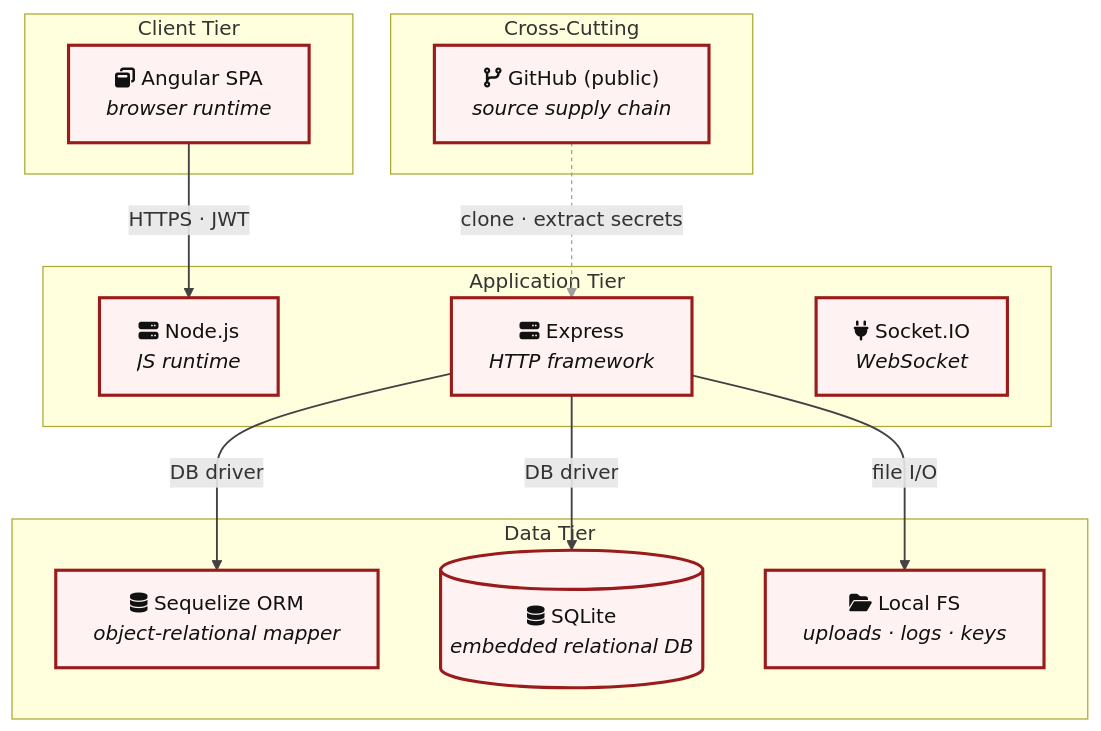
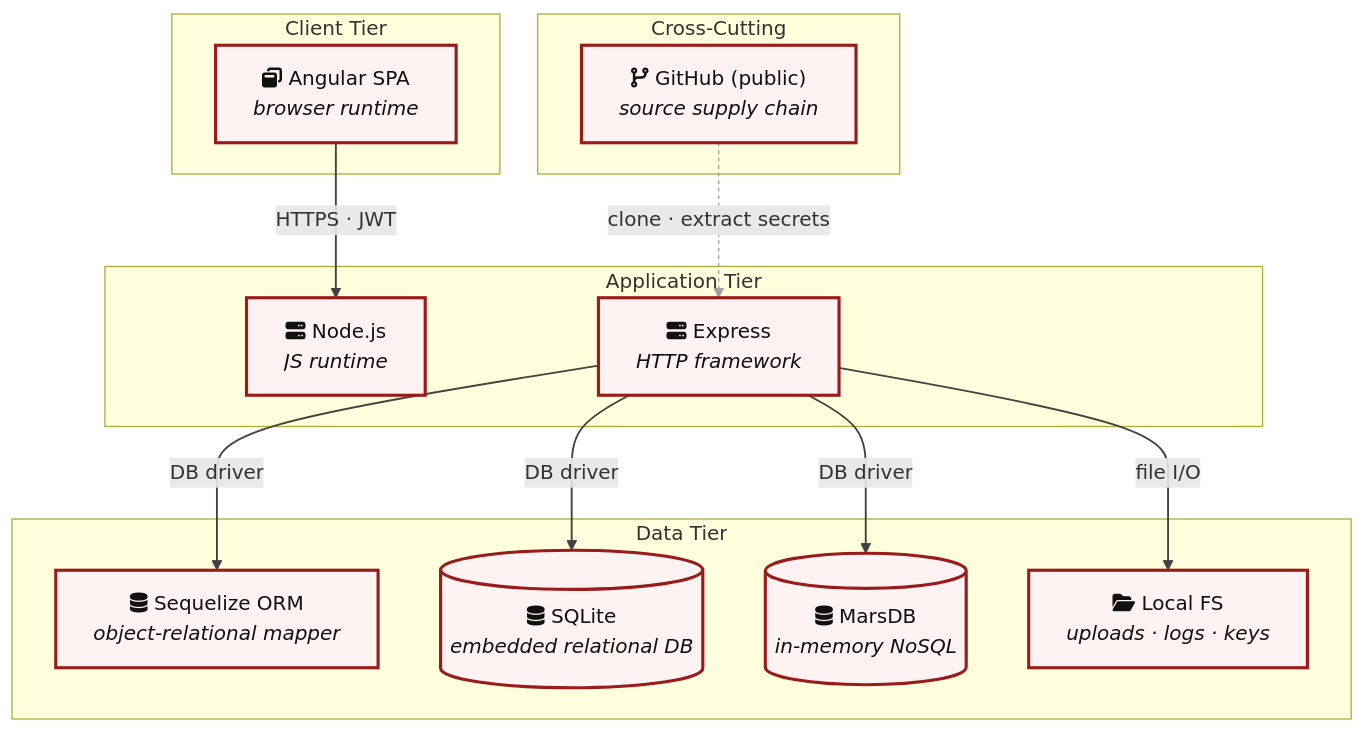
Before and after one commit to appsec-foundry/appsec-advisor: the seventh of 28 diagrams in examples/threat-modeler/threat-model-juice-shop-standard.md, drawn with Mermaid. The commit also changed other lines of this file and 12 other files, not shown here.

````diff
--- a/examples/threat-modeler/threat-model-juice-shop-standard.md
+++ b/examples/threat-modeler/threat-model-juice-shop-standard.md
@@ -531,29 +494,30 @@
 ```mermaid
 flowchart TD
     subgraph CLIENT["Client Tier"]
         FE_ANGULAR["fa:fa-window-restore Angular SPA<br/><i>browser runtime</i>"]:::risk
     end
     subgraph APP["Application Tier"]
         RUNTIME["fa:fa-server Node.js<br/><i>JS runtime</i>"]:::risk
         EXPRESS["fa:fa-server Express<br/><i>HTTP framework</i>"]:::risk
-        REALTIME["fa:fa-plug Socket.IO<br/><i>WebSocket</i>"]:::risk
     end
     subgraph DATA["Data Tier"]
         ORM["fa:fa-database Sequelize ORM<br/><i>object-relational mapper</i>"]:::risk
         SQLITE[("fa:fa-database SQLite<br/><i>embedded relational DB</i>")]:::risk
+        MARSDB[("fa:fa-database MarsDB<br/><i>in-memory NoSQL</i>")]:::risk
         LOCAL_FS["fa:fa-folder-open Local FS<br/><i>uploads · logs · keys</i>"]:::risk
     end
     subgraph INFRA["Cross-Cutting"]
         INFRA_SCM["fa:fa-code-branch GitHub (public)<br/><i>source supply chain</i>"]:::risk
     end
     FE_ANGULAR -->|"HTTPS · JWT"| RUNTIME
     EXPRESS -->|"DB driver"| ORM
     EXPRESS -->|"DB driver"| SQLITE
+    EXPRESS -->|"DB driver"| MARSDB
     EXPRESS -->|"file I/O"| LOCAL_FS
     INFRA_SCM -.->|"clone · extract secrets"| EXPRESS
 
     classDef risk fill:#fef2f2,stroke:#991b1b,color:#111,stroke-width:2.5px
     classDef ok fill:#e8f1ea,stroke:#2e7d32,color:#1b5e20,stroke-width:1.5px
-    linkStyle 0,1,2,3 stroke:#424242,stroke-width:1.5px
-    linkStyle 4 stroke:#9e9e9e,stroke-width:1px,stroke-dasharray:3 3
+    linkStyle 0,1,2,3,4 stroke:#424242,stroke-width:1.5px
+    linkStyle 5 stroke:#9e9e9e,stroke-width:1px,stroke-dasharray:3 3
 ```
````
